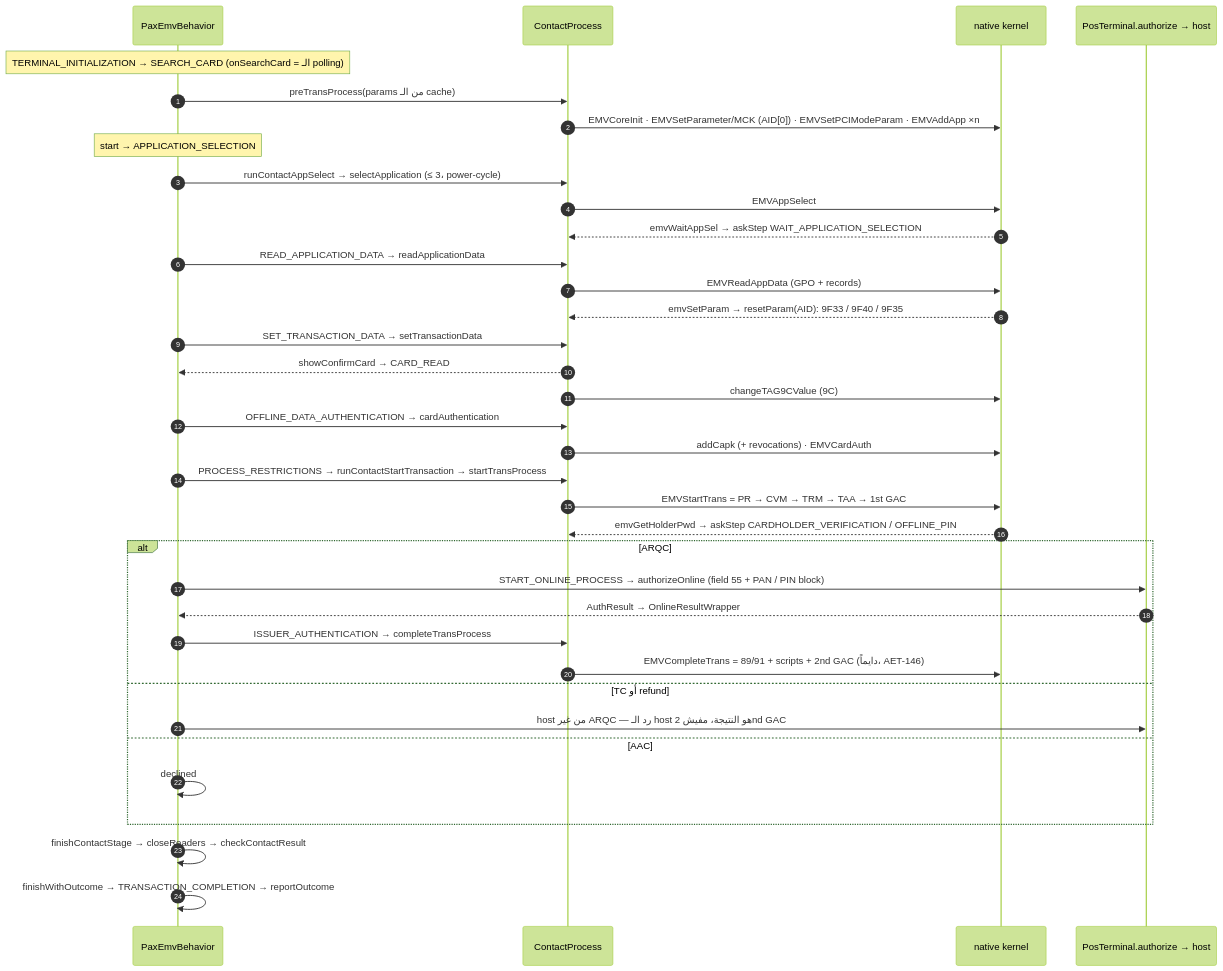
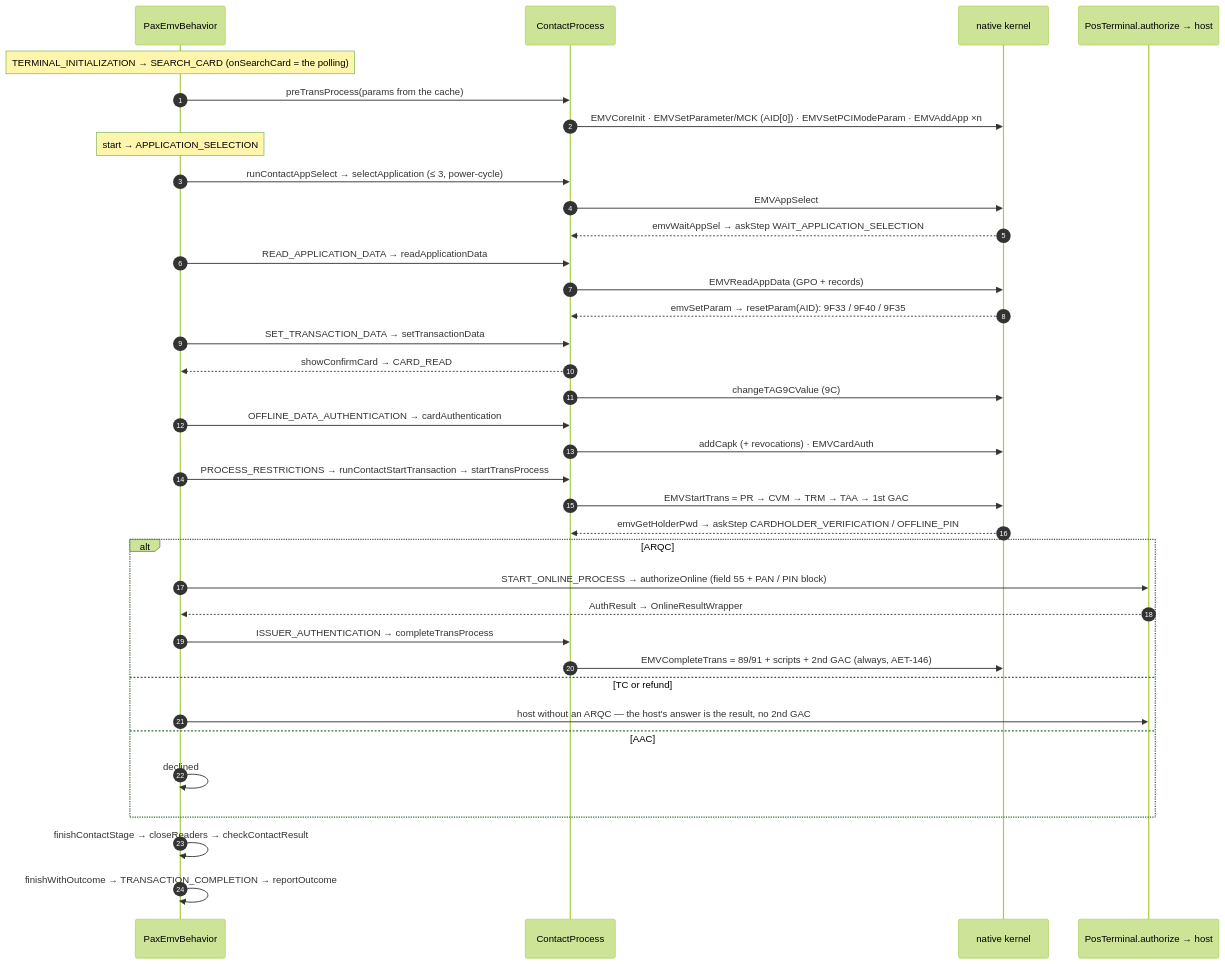
One commit to berothomas33/esaylinkrefactor changed the eighth of 11 diagrams in doc/REFERENCE.md. Above: the diagram before and after it, drawn with Mermaid (forest theme). The commit also changed other lines of this file, not shown here.

````diff
--- a/doc/REFERENCE.md
+++ b/doc/REFERENCE.md
@@ -753,38 +776,38 @@
 ```mermaid
 sequenceDiagram
   autonumber
   participant B as PaxEmvBehavior
   participant C as ContactProcess
   participant K as native kernel
   participant H as PosTerminal.authorize → host
-  Note over B: TERMINAL_INITIALIZATION → SEARCH_CARD (onSearchCard = الـ polling)
-  B->>C: preTransProcess(params من الـ cache)
+  Note over B: TERMINAL_INITIALIZATION → SEARCH_CARD (onSearchCard = the polling)
+  B->>C: preTransProcess(params from the cache)
   C->>K: EMVCoreInit · EMVSetParameter/MCK (AID[0]) · EMVSetPCIModeParam · EMVAddApp ×n
   Note over B: start → APPLICATION_SELECTION
-  B->>C: runContactAppSelect → selectApplication (≤ 3، power-cycle)
+  B->>C: runContactAppSelect → selectApplication (≤ 3, power-cycle)
   C->>K: EMVAppSelect
   K-->>C: emvWaitAppSel → askStep WAIT_APPLICATION_SELECTION
   B->>C: READ_APPLICATION_DATA → readApplicationData
   C->>K: EMVReadAppData (GPO + records)
   K-->>C: emvSetParam → resetParam(AID): 9F33 / 9F40 / 9F35
   B->>C: SET_TRANSACTION_DATA → setTransactionData
   C-->>B: showConfirmCard → CARD_READ
   C->>K: changeTAG9CValue (9C)
   B->>C: OFFLINE_DATA_AUTHENTICATION → cardAuthentication
   C->>K: addCapk (+ revocations) · EMVCardAuth
   B->>C: PROCESS_RESTRICTIONS → runContactStartTransaction → startTransProcess
   C->>K: EMVStartTrans = PR → CVM → TRM → TAA → 1st GAC
   K-->>C: emvGetHolderPwd → askStep CARDHOLDER_VERIFICATION / OFFLINE_PIN
   alt ARQC
     B->>H: START_ONLINE_PROCESS → authorizeOnline (field 55 + PAN / PIN block)
     H-->>B: AuthResult → OnlineResultWrapper
     B->>C: ISSUER_AUTHENTICATION → completeTransProcess
-    C->>K: EMVCompleteTrans = 89/91 + scripts + 2nd GAC (دايماً، AET-146)
-  else TC أو refund
-    B->>H: host من غير ARQC — رد الـ host هو النتيجة، مفيش 2nd GAC
+    C->>K: EMVCompleteTrans = 89/91 + scripts + 2nd GAC (always, AET-146)
+  else TC or refund
+    B->>H: host without an ARQC — the host's answer is the result, no 2nd GAC
   else AAC
     B->>B: declined
   end
   B->>B: finishContactStage → closeReaders → checkContactResult
   B->>B: finishWithOutcome → TRANSACTION_COMPLETION → reportOutcome
 ```
````
